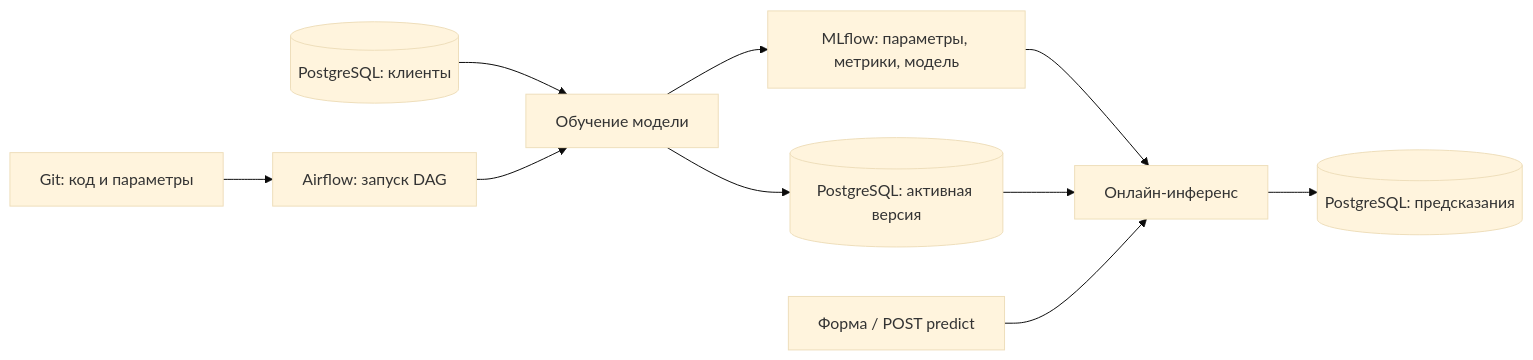
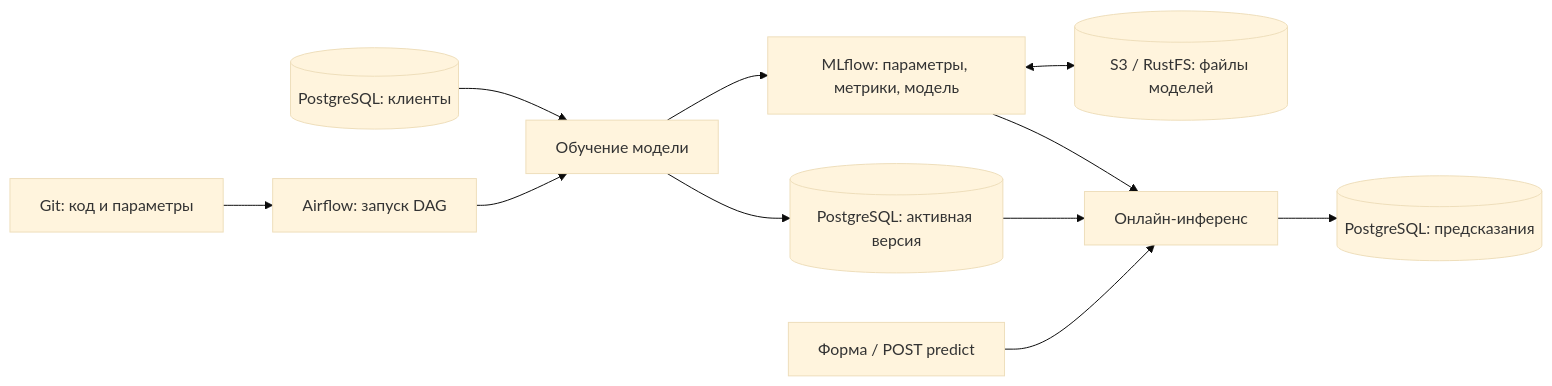
Before and after one commit to sergey445512/airflow-ml-service-demo: the diagram in README.md, drawn with Mermaid (base theme). The commit also changed other lines of this file and 4 other files, not shown here.

````diff
--- a/README.md
+++ b/README.md
@@ -31,12 +32,13 @@
 ```mermaid
 flowchart LR
     G[Git: код и параметры] --> A[Airflow: запуск DAG]
     P[(PostgreSQL: клиенты)] --> T[Обучение модели]
     A --> T
     T --> M[MLflow: параметры, метрики, модель]
     T --> V[(PostgreSQL: активная версия)]
+    M <--> O[(S3 / RustFS: файлы моделей)]
     M --> S[Онлайн-инференс]
     V --> S
     U[Форма / POST predict] --> S
     S --> R[(PostgreSQL: предсказания)]
 ```
````
